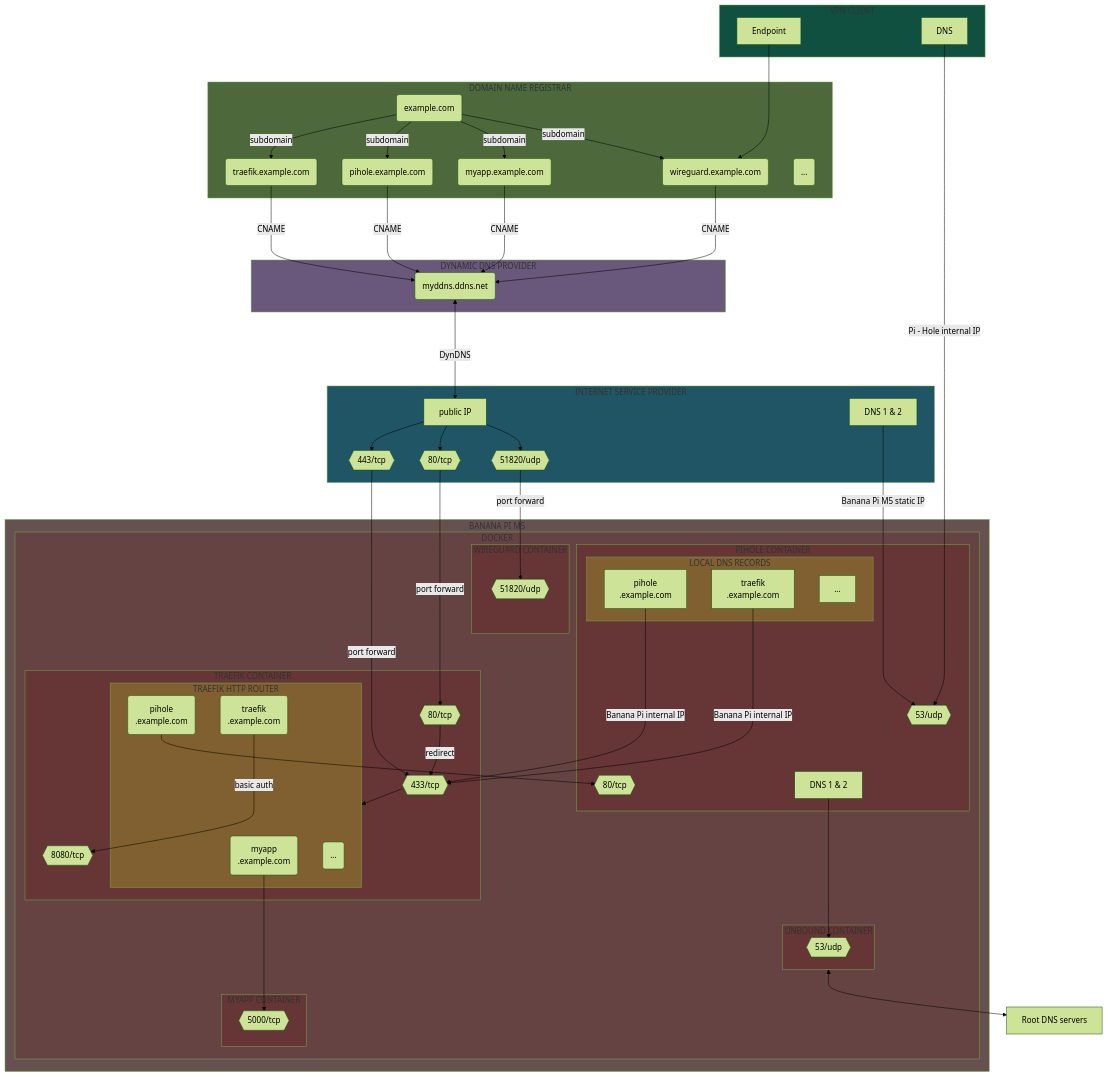
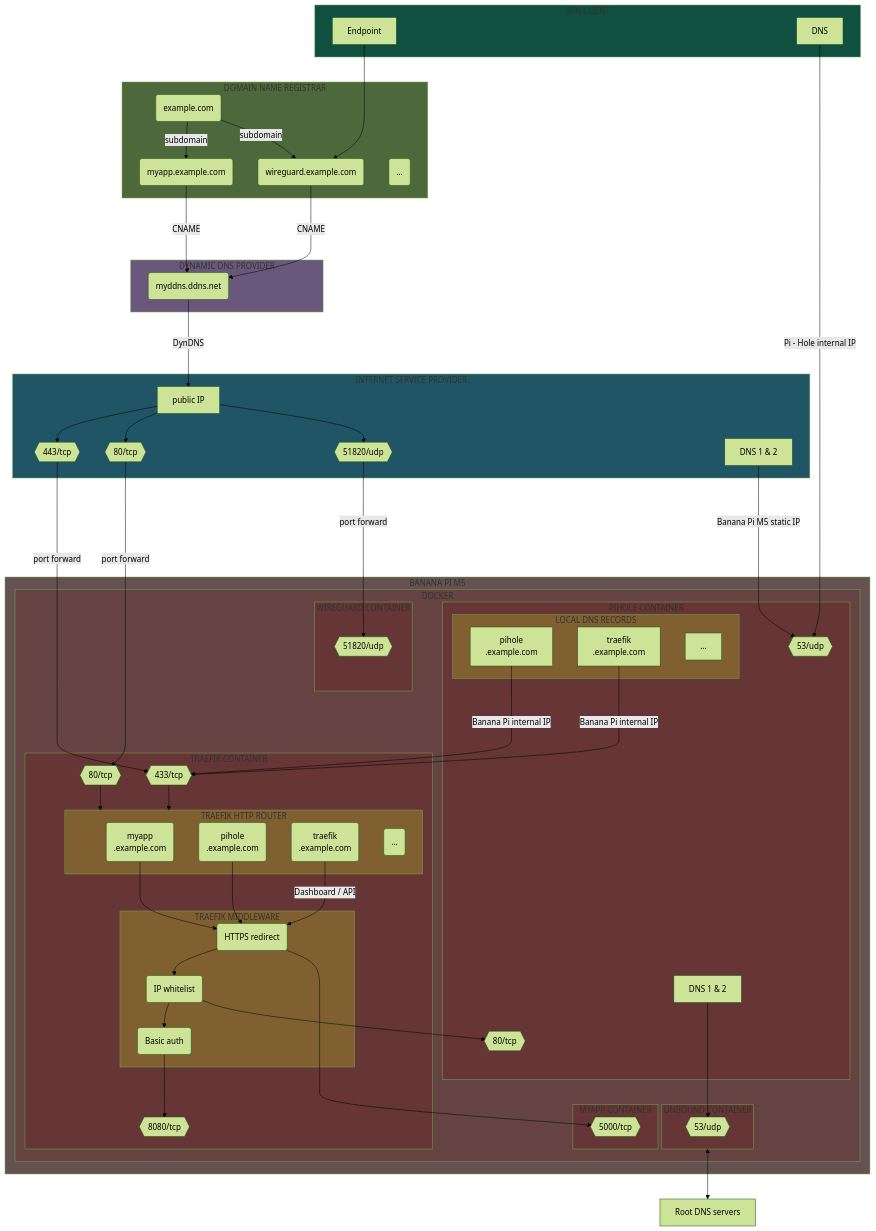
The first of 12 diagrams in README.md (Yann39/self-hosted), drawn with Mermaid (forest theme) before and after one commit. The commit also changed other lines of this file and 3 other files, not shown here.

Commit message:
define ipwhitelist before basicauth middleware in Traefik config + improved readme and added contributing and acknowledgments

````diff
--- a/README.md
+++ b/README.md
@@ -146,13 +146,12 @@
     style MYAPP_CONTAINER fill: #663535
     style WIREGUARD_CONTAINER fill: #663535
     style TRAEFIK_ROUTER fill: #806030
+    style TRAEFIK_MIDDLEWARE fill: #806030
     style VPN_CLIENT fill: #105040
     style PIHOLE_DNS_RECORDS fill: #806030
     DOMAIN(example.com)
     SUBDOMAIN_WIREGUARD(wireguard.example.com)
     SUBDOMAIN_MYAPP(myapp.example.com)
-    SUBDOMAIN_TRAEFIK(traefik.example.com)
-    SUBDOMAIN_PIHOLE(pihole.example.com)
     SUBDOMAIN_3DOTS(...)
     DDNS(myddns.ddns.net)
     ROUTER[public IP]
@@ -184,22 +183,18 @@
     end
 
     subgraph HOSTING_PROVIDER[DOMAIN NAME REGISTRAR]
-        DOMAIN -->|subdomain| SUBDOMAIN_TRAEFIK
-        DOMAIN -->|subdomain| SUBDOMAIN_PIHOLE
         DOMAIN -->|subdomain| SUBDOMAIN_MYAPP
         DOMAIN -->|subdomain| SUBDOMAIN_WIREGUARD
         SUBDOMAIN_3DOTS
     end
 
     subgraph DDNS_PROVIDER[DYNAMIC DNS PROVIDER]
-        SUBDOMAIN_TRAEFIK --->|CNAME| DDNS
-        SUBDOMAIN_PIHOLE --->|CNAME| DDNS
         SUBDOMAIN_MYAPP --->|CNAME| DDNS
         SUBDOMAIN_WIREGUARD --->|CNAME| DDNS
     end
 
     subgraph INTERNET_SERVICE_PROVIDER[INTERNET SERVICE PROVIDER]
-        DDNS <--->|DynDNS| ROUTER
+        DDNS --->|DynDNS| ROUTER
         ROUTER --> ROUTER_PORT443
         ROUTER --> ROUTER_PORT80
         ROUTER --> ROUTER_PORT51820
@@ -214,6 +209,11 @@
                     TRAEFIK_ROUTER_MYAPP
                     TRAEFIK_ROUTER_PIHOLE
                     TRAEFIK_ROUTER_3DOTS
+                end
+                subgraph TRAEFIK_MIDDLEWARE[TRAEFIK MIDDLEWARE]
+                    REDIRECT(HTTPS redirect)
+                    IP_WHITELISTING(IP whitelist)
+                    BASIC_AUTH(Basic auth)
                 end
                 DOCKER_TRAEFIK_PORT80
                 DOCKER_TRAEFIK_PORT443
@@ -249,17 +249,22 @@
 
     WIREGUARD_CLIENT_ENDPOINT ---> SUBDOMAIN_WIREGUARD
     WIREGUARD_CLIENT_DNS -->|Pi - Hole internal IP| DOCKER_PIHOLE_PORT53
+    ROUTER_PORT51820 -->|port forward| DOCKER_WIREGUARD_PORT51820
+    ROUTER_PORT443 ------>|port forward| DOCKER_TRAEFIK_PORT443
+    ROUTER_PORT80 -->|port forward| DOCKER_TRAEFIK_PORT80
     DNS_ISP ---->|Banana Pi M5 static IP| DOCKER_PIHOLE_PORT53
-    ROUTER_PORT51820 -->|port forward| DOCKER_WIREGUARD_PORT51820
-    ROUTER_PORT443 ---->|port forward| DOCKER_TRAEFIK_PORT443
-    ROUTER_PORT80 -->|port forward| DOCKER_TRAEFIK_PORT80
     PIHOLE_DNS_TRAEFIK --->|Banana Pi internal IP| DOCKER_TRAEFIK_PORT443
     PIHOLE_DNS_PIHOLE --->|Banana Pi internal IP| DOCKER_TRAEFIK_PORT443
-    TRAEFIK_ROUTER_MYAPP ---> DOCKER_MYAPP_PORT5000
-    TRAEFIK_ROUTER_PIHOLE --> DOCKER_PIHOLE_PORT80
-    TRAEFIK_ROUTER_TRAEFIK --->|basic auth| DOCKER_TRAEFIK_PORT8080
     DOCKER_TRAEFIK_PORT443 --> TRAEFIK_ROUTER
-    DOCKER_TRAEFIK_PORT80 -->|redirect| DOCKER_TRAEFIK_PORT443
+    DOCKER_TRAEFIK_PORT80 --> TRAEFIK_ROUTER
+    TRAEFIK_ROUTER_MYAPP --> REDIRECT
+    TRAEFIK_ROUTER_PIHOLE --> REDIRECT
+    TRAEFIK_ROUTER_TRAEFIK -->|Dashboard / API| REDIRECT
+    IP_WHITELISTING --> BASIC_AUTH
+    IP_WHITELISTING --> DOCKER_PIHOLE_PORT80
+    REDIRECT --> IP_WHITELISTING
+    REDIRECT ----> DOCKER_MYAPP_PORT5000
+    BASIC_AUTH --> DOCKER_TRAEFIK_PORT8080
     DOCKER_PIHOLE_DNS ---> DOCKER_UNBOUND_PORT53
     UNBOUND_CONTAINER <--> ROOT_DNS_SERVERS
 ```
````
